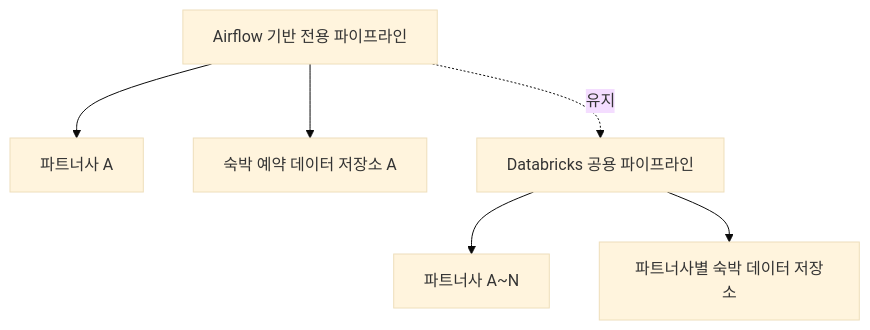
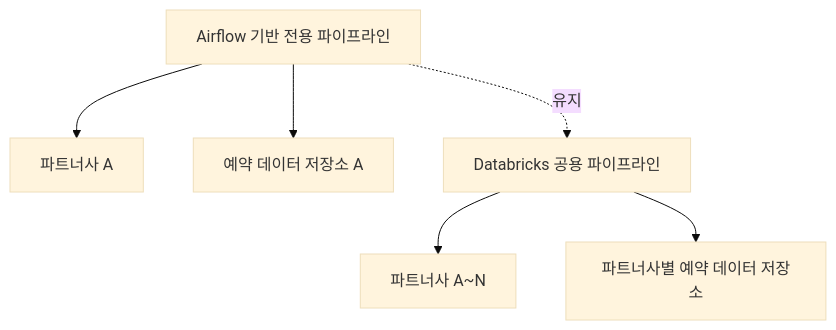
Before and after one commit to yeokyeong-yoon/yeokyeong-yoon.github.io: the first of 5 diagrams in _posts/2025-03-15-etl-pipeline.md, drawn with Mermaid. The commit also changed other lines of this file, not shown here.

````diff
--- a/_posts/2025-03-15-etl-pipeline.md
+++ b/_posts/2025-03-15-etl-pipeline.md
@@ -21,9 +21,9 @@
 ```mermaid
 %%{init: {'theme': 'base', 'themeVariables': { 'fontSize': '16px'}}}%%
 graph TD
     A[Airflow 기반 전용 파이프라인] --> B[파트너사 A]
-    A --> C[숙박 예약 데이터 저장소 A]
+    A --> C[예약 데이터 저장소 A]
     D[Databricks 공용 파이프라인] --> E[파트너사 A~N]
-    D --> F[파트너사별 숙박 데이터 저장소]
+    D --> F[파트너사별 예약 데이터 저장소]
     A -. 유지 -.-> D
 ```
````
